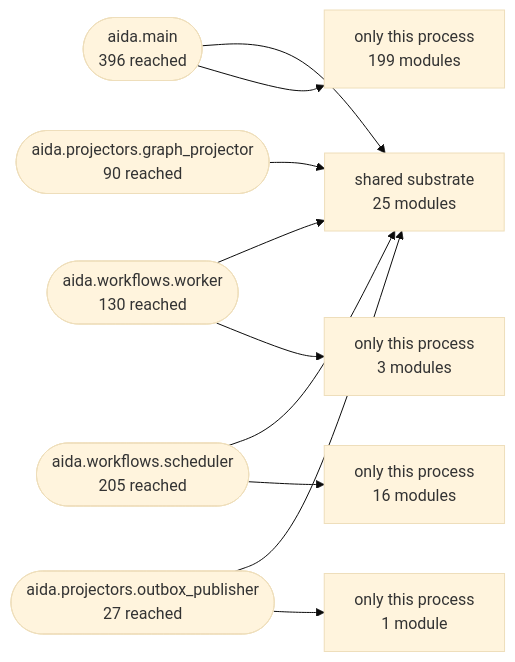
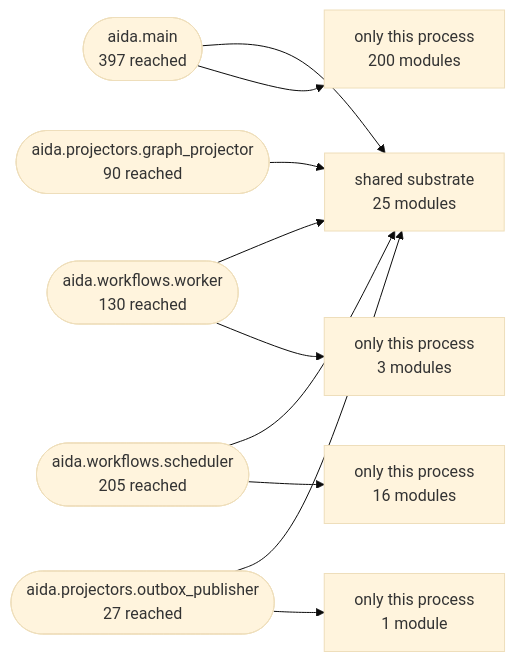
The second of 3 diagrams in Docs/10-architecture/14-generated-architecture-map.md (karuppusamym/AIDataAnalyst), drawn with Mermaid (base theme) before and after one commit. The commit also changed other lines of this file and 8 other files, not shown here.

````diff
--- a/Docs/10-architecture/14-generated-architecture-map.md
+++ b/Docs/10-architecture/14-generated-architecture-map.md
@@ -178,22 +178,22 @@
 ```mermaid
 graph LR
   shared["shared substrate<br/>25 modules"]
-  aida_main(["aida.main<br/>396 reached"])
+  aida_main(["aida.main<br/>397 reached"])
   aida_workflows_worker(["aida.workflows.worker<br/>130 reached"])
   aida_workflows_scheduler(["aida.workflows.scheduler<br/>205 reached"])
   aida_projectors_graph_projector(["aida.projectors.graph_projector<br/>90 reached"])
   aida_projectors_outbox_publisher(["aida.projectors.outbox_publisher<br/>27 reached"])
   aida_main --> shared
-  only_aida_main["only this process<br/>199 modules"]
+  only_aida_main["only this process<br/>200 modules"]
   aida_main --> only_aida_main
   aida_workflows_worker --> shared
   only_aida_workflows_worker["only this process<br/>3 modules"]
   aida_workflows_worker --> only_aida_workflows_worker
   aida_workflows_scheduler --> shared
   only_aida_workflows_scheduler["only this process<br/>16 modules"]
   aida_workflows_scheduler --> only_aida_workflows_scheduler
   aida_projectors_graph_projector --> shared
   aida_projectors_outbox_publisher --> shared
   only_aida_projectors_outbox_publisher["only this process<br/>1 module"]
   aida_projectors_outbox_publisher --> only_aida_projectors_outbox_publisher
 ```
````
